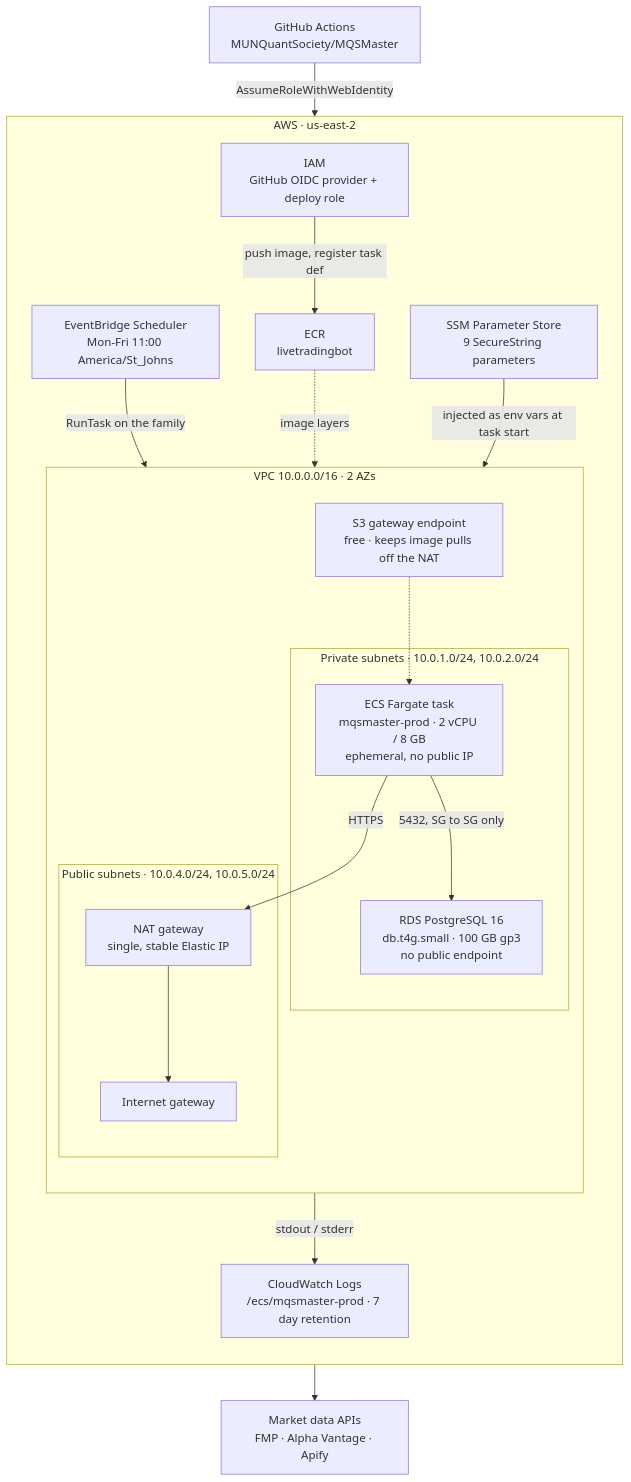
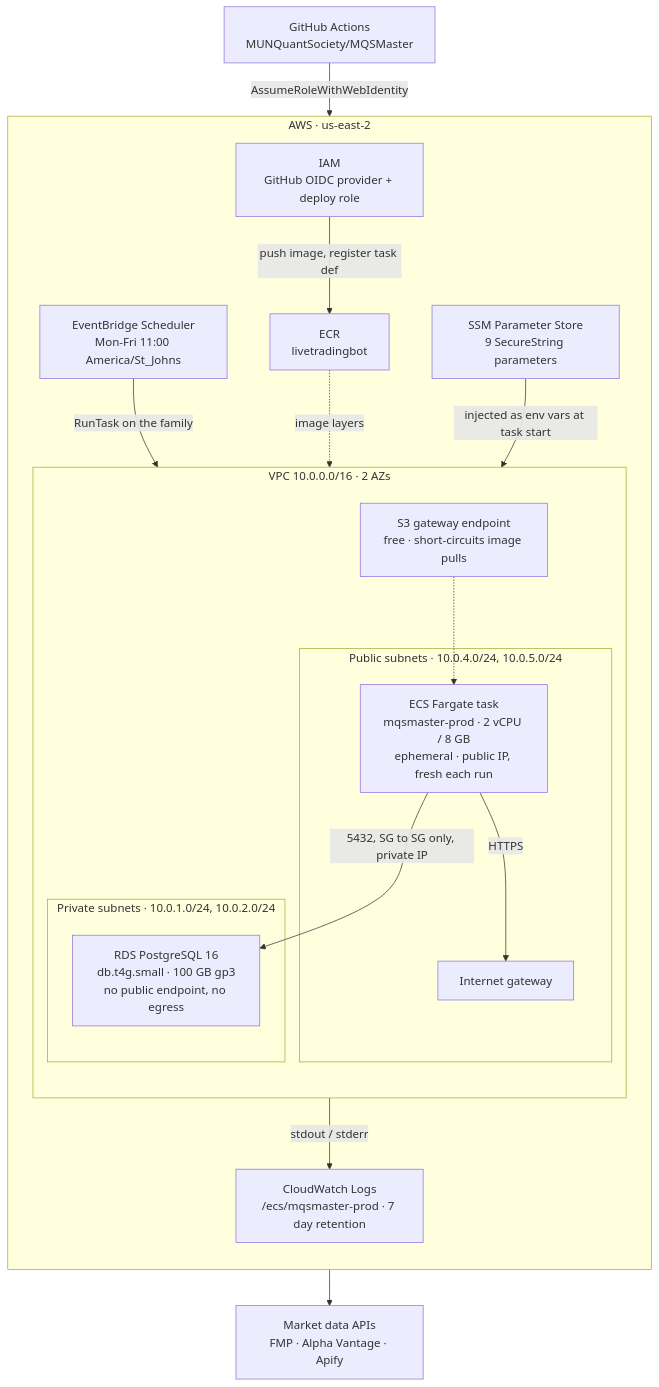
Before and after one commit to MUNQuantSociety/MQS_AWS_INFRA: the first of 2 diagrams in docs/architecture-diagram.md, drawn with Mermaid. The commit also changed other lines of this file and 9 other files, not shown here.

````diff
--- a/docs/architecture-diagram.md
+++ b/docs/architecture-diagram.md
@@ -16,44 +22,42 @@
 ```mermaid
 flowchart TB
     GH["GitHub Actions<br/>MUNQuantSociety/MQSMaster"]
 
     subgraph aws["AWS · us-east-2"]
         direction TB
 
         OIDC["IAM<br/>GitHub OIDC provider + deploy role"]
         ECR["ECR<br/>livetradingbot"]
         SSM["SSM Parameter Store<br/>9 SecureString parameters"]
         SCHED["EventBridge Scheduler<br/>Mon-Fri 11:00 America/St_Johns"]
         CW["CloudWatch Logs<br/>/ecs/mqsmaster-prod · 7 day retention"]
 
         subgraph vpc["VPC 10.0.0.0/16 · 2 AZs"]
             direction TB
 
-            subgraph priv["Private subnets · 10.0.1.0/24, 10.0.2.0/24"]
-                TASK["ECS Fargate task<br/>mqsmaster-prod · 2 vCPU / 8 GB<br/>ephemeral, no public IP"]
-                RDS["RDS PostgreSQL 16<br/>db.t4g.small · 100 GB gp3<br/>no public endpoint"]
-            end
-
             subgraph pub["Public subnets · 10.0.4.0/24, 10.0.5.0/24"]
-                NAT["NAT gateway<br/>single, stable Elastic IP"]
+                TASK["ECS Fargate task<br/>mqsmaster-prod · 2 vCPU / 8 GB<br/>ephemeral · public IP, fresh each run"]
                 IGW["Internet gateway"]
             end
 
-            S3E["S3 gateway endpoint<br/>free · keeps image pulls off the NAT"]
+            subgraph priv["Private subnets · 10.0.1.0/24, 10.0.2.0/24"]
+                RDS["RDS PostgreSQL 16<br/>db.t4g.small · 100 GB gp3<br/>no public endpoint, no egress"]
+            end
+
+            S3E["S3 gateway endpoint<br/>free · short-circuits image pulls"]
         end
     end
 
     APIS["Market data APIs<br/>FMP · Alpha Vantage · Apify"]
 
     GH -->|"AssumeRoleWithWebIdentity"| OIDC
     OIDC -->|"push image, register task def"| ECR
     SCHED -->|"RunTask on the family"| TASK
     ECR -.->|"image layers"| S3E
     S3E -.-> TASK
     SSM -->|"injected as env vars at task start"| TASK
     TASK -->|"stdout / stderr"| CW
-    TASK -->|"5432, SG to SG only"| RDS
-    TASK -->|"HTTPS"| NAT
-    NAT --> IGW
+    TASK -->|"5432, SG to SG only, private IP"| RDS
+    TASK -->|"HTTPS"| IGW
     IGW --> APIS
 ```
````
